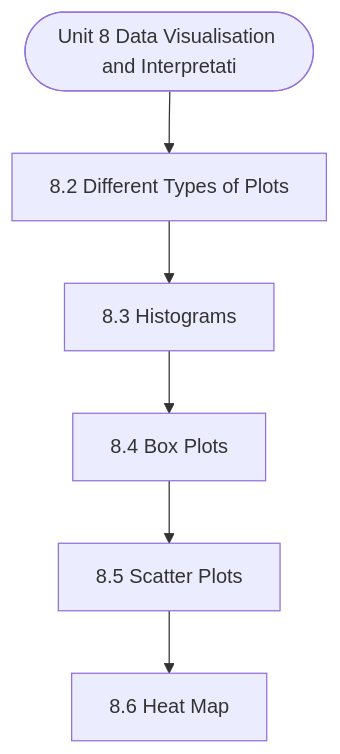
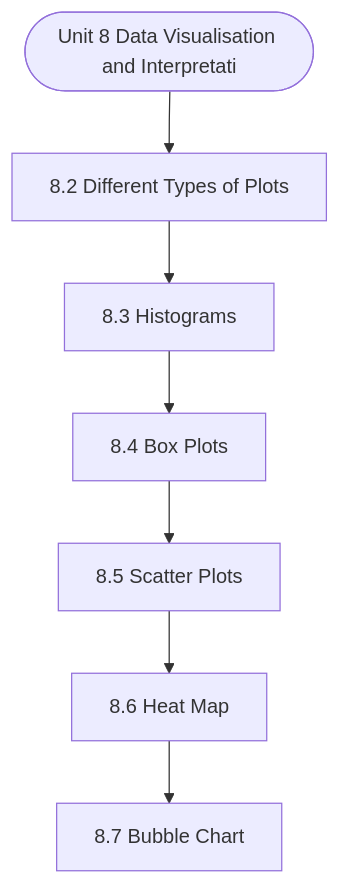
Before and after one commit to Asutosh-Coaching/mscdsa: the diagram in notes/Semester_1/MCS-062_Introduction_to_Data_Science/unit_08_Data_Visualisation_and_Interpretation.md, drawn with Mermaid. The commit also changed other lines of this file and 116 other files, not shown here.

````diff
--- a/notes/Semester_1/MCS-062_Introduction_to_Data_Science/unit_08_Data_Visualisation_and_Interpretation.md
+++ b/notes/Semester_1/MCS-062_Introduction_to_Data_Science/unit_08_Data_Visualisation_and_Interpretation.md
@@ -19,14 +19,16 @@
 ```mermaid
 flowchart TD
   Start(["Unit 8 Data Visualisation and Interpretati"])
   N1["8.2 Different Types of Plots"]
   N2["8.3 Histograms"]
   N3["8.4 Box Plots"]
   N4["8.5 Scatter Plots"]
   N5["8.6 Heat Map"]
+  N6["8.7 Bubble Chart"]
   Start --> N1
   N1 --> N2
   N2 --> N3
   N3 --> N4
   N4 --> N5
+  N5 --> N6
 ```
````
